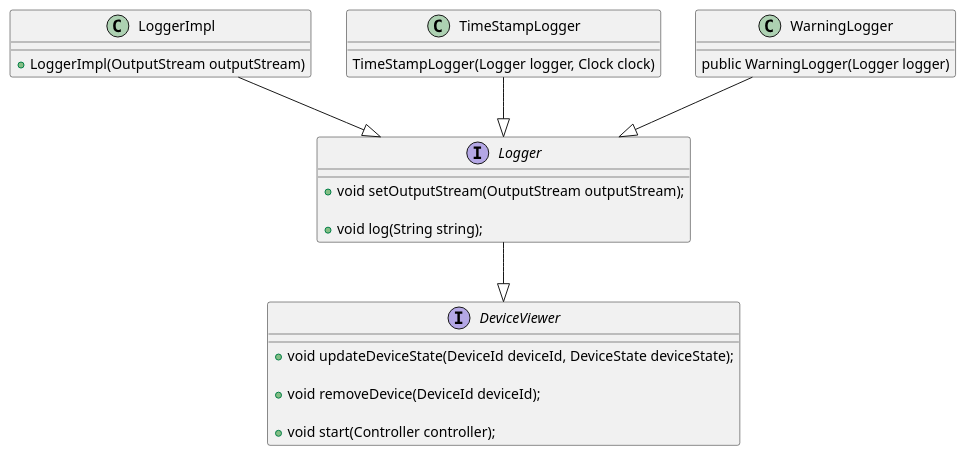
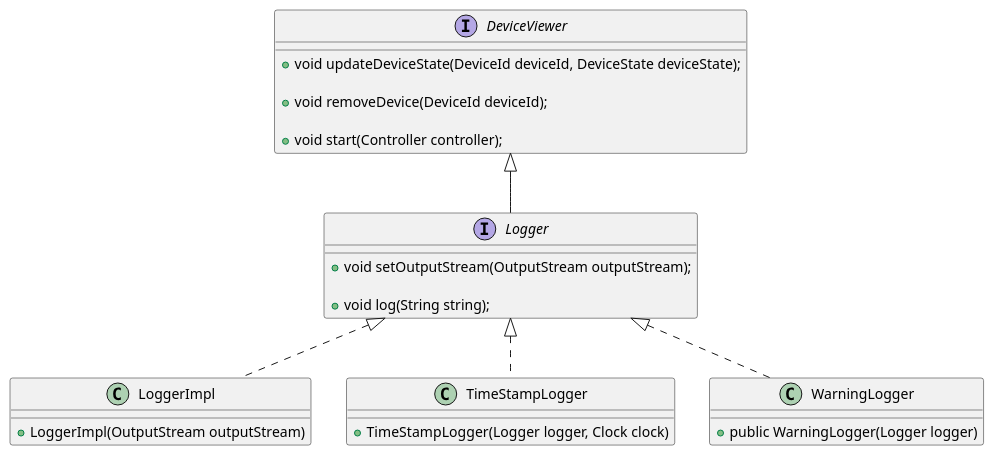
The diagram in uml/logger.plantuml (progetto-oop-22-23/OOP-report), drawn with PlantUML before and after one commit.

Commit message:
fix logger uml

```diff
--- a/uml/logger.plantuml
+++ b/uml/logger.plantuml
@@ -1,37 +1,33 @@
 @startuml
 
-interface Logger {
+interface Logger extends DeviceViewer {
 
     + void setOutputStream(OutputStream outputStream);
 
     + void log(String string);
 }
 
 interface DeviceViewer {
     + void updateDeviceState(DeviceId deviceId, DeviceState deviceState);
 
     + void removeDevice(DeviceId deviceId);
 
     + void start(Controller controller);
 
 }
 
 
-class LoggerImpl {
+class LoggerImpl implements Logger {
     + LoggerImpl(OutputStream outputStream)
 }
 
-class TimeStampLogger {
-    TimeStampLogger(Logger logger, Clock clock)
+class TimeStampLogger implements Logger {
+   + TimeStampLogger(Logger logger, Clock clock)
 }
 
-class WarningLogger {
-    public WarningLogger(Logger logger)
+class WarningLogger implements Logger {
+    + public WarningLogger(Logger logger)
 }
 
-Logger --|> DeviceViewer
-LoggerImpl --|> Logger
-WarningLogger --|> Logger
-TimeStampLogger --|> Logger
 
 @enduml
```
